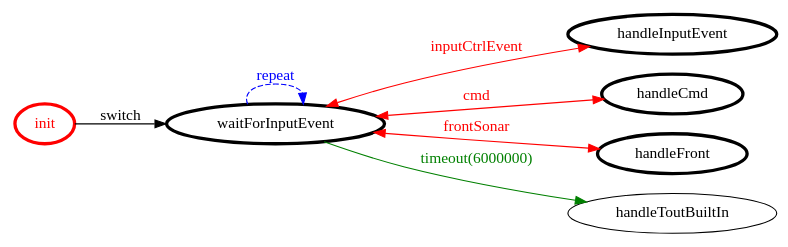
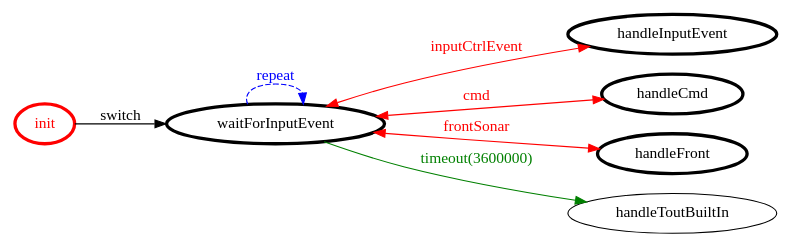
One commit to FFrabetti/ProgettoISS_relazione changed the diagram in it.unibo.finalTask2018/srcMore/it/unibo/controller/controller.gv. Above: the diagram before and after it, drawn with Graphviz. The commit also changed 53 other files, not shown here.

```diff
--- a/it.unibo.finalTask2018/srcMore/it/unibo/controller/controller.gv
+++ b/it.unibo.finalTask2018/srcMore/it/unibo/controller/controller.gv
@@ -1,24 +1,24 @@
 /*
 *
 * A GraphViz DOT FSM description 
 * Please use a GraphViz visualizer (like http://www.webgraphviz.com)
 *  
 */
 
 digraph finite_state_machine {
 	rankdir=LR
 	size="8,5"
 	
 	init [ color = red ][ fontcolor = red ][ penwidth = 3 ]
 	handleInputEvent [ color = black ][ fontcolor = black ][ penwidth = 3 ]
 	handleCmd [ color = black ][ fontcolor = black ][ penwidth = 3 ]
 	waitForInputEvent [ color = black ][ fontcolor = black ][ penwidth = 3 ]
 	handleFront [ color = black ][ fontcolor = black ][ penwidth = 3 ]
 	
+	waitForInputEvent -> handleToutBuiltIn [ label = "timeout(3600000)" ][ color = green ][ fontcolor = green ]
 	waitForInputEvent -> handleCmd [ label = "cmd" ][ color = red ][ fontcolor = red ][ dir = both ]
 	waitForInputEvent -> handleInputEvent [ label = "inputCtrlEvent" ][ color = red ][ fontcolor = red ][ dir = both ]
-	waitForInputEvent -> handleToutBuiltIn [ label = "timeout(6000000)" ][ color = green ][ fontcolor = green ]
 	init -> waitForInputEvent [ label = "switch" ][ color = black ][ fontcolor = black ]
 	waitForInputEvent -> handleFront [ label = "frontSonar" ][ color = red ][ fontcolor = red ][ dir = both ]
 	waitForInputEvent -> waitForInputEvent [ label = "repeat "][ style = dashed ][ color = blue ][ fontcolor = blue ]
 }
```
